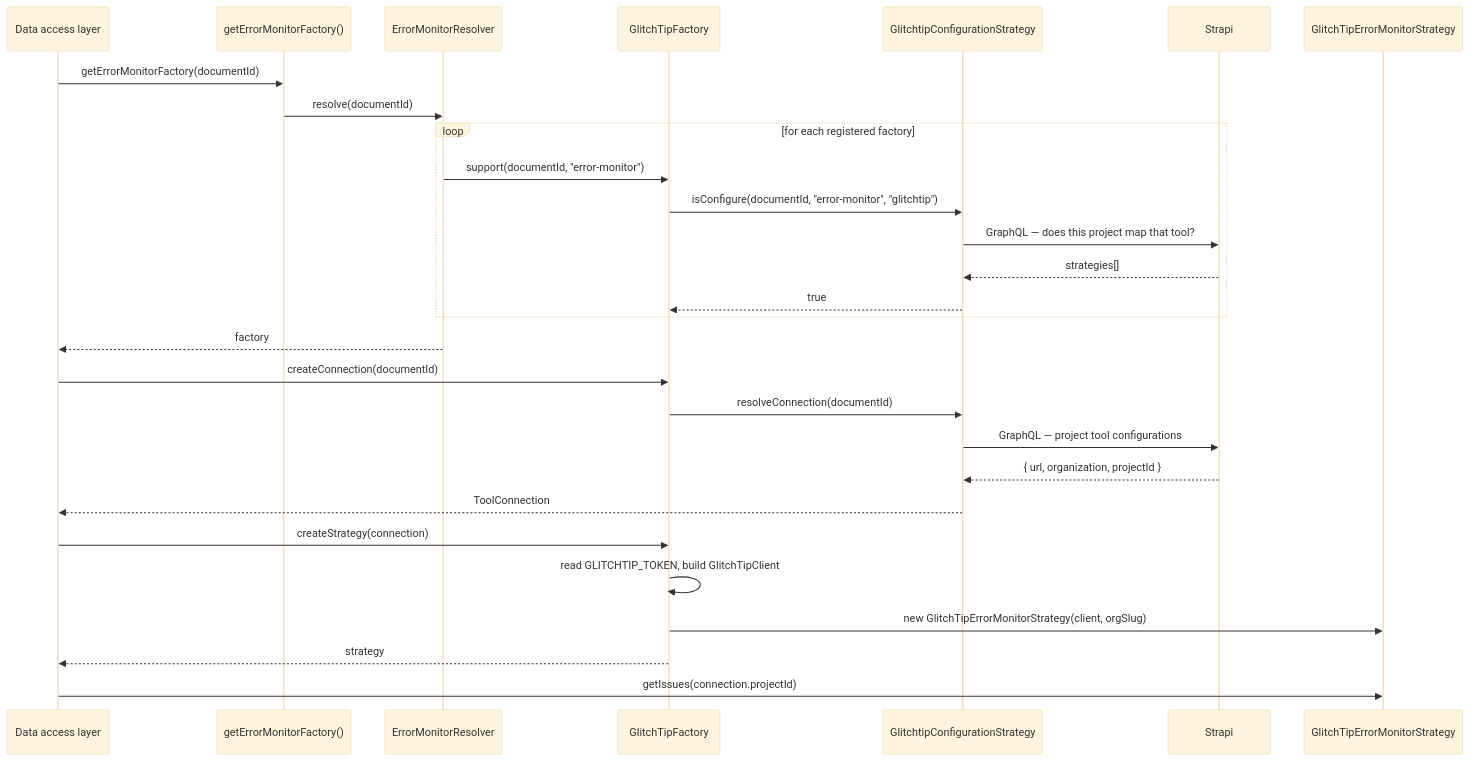
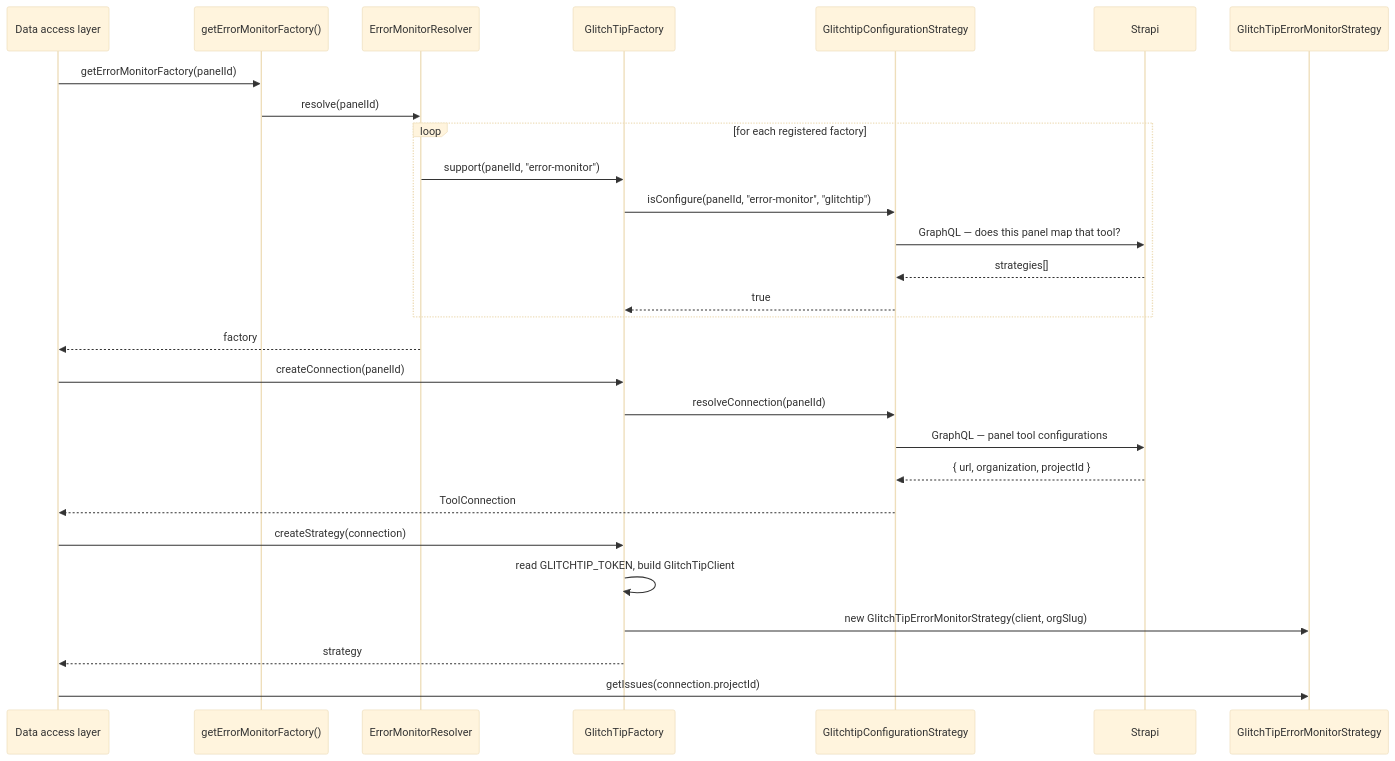
The second of 3 diagrams in apps/docs-site/docs/monitors.md (webteamuxco/dashboard-monitor), drawn with Mermaid (base theme) before and after one commit. The commit also changed other lines of this file and 27 other files, not shown here.

````diff
--- a/apps/docs-site/docs/monitors.md
+++ b/apps/docs-site/docs/monitors.md
@@ -104,34 +116,34 @@
 ```mermaid
 sequenceDiagram
     participant Caller as Data access layer
     participant Get as getErrorMonitorFactory()
     participant Resolver as ErrorMonitorResolver
     participant Factory as GlitchTipFactory
     participant Config as GlitchtipConfigurationStrategy
     participant Strapi
     participant Strategy as GlitchTipErrorMonitorStrategy
 
-    Caller->>Get: getErrorMonitorFactory(documentId)
-    Get->>Resolver: resolve(documentId)
+    Caller->>Get: getErrorMonitorFactory(panelId)
+    Get->>Resolver: resolve(panelId)
     loop for each registered factory
-        Resolver->>Factory: support(documentId, "error-monitor")
-        Factory->>Config: isConfigure(documentId, "error-monitor", "glitchtip")
-        Config->>Strapi: GraphQL — does this project map that tool?
+        Resolver->>Factory: support(panelId, "error-monitor")
+        Factory->>Config: isConfigure(panelId, "error-monitor", "glitchtip")
+        Config->>Strapi: GraphQL — does this panel map that tool?
         Strapi-->>Config: strategies[]
         Config-->>Factory: true
     end
     Resolver-->>Caller: factory
 
-    Caller->>Factory: createConnection(documentId)
-    Factory->>Config: resolveConnection(documentId)
-    Config->>Strapi: GraphQL — project tool configurations
+    Caller->>Factory: createConnection(panelId)
+    Factory->>Config: resolveConnection(panelId)
+    Config->>Strapi: GraphQL — panel tool configurations
     Strapi-->>Config: { url, organization, projectId }
     Config-->>Caller: ToolConnection
 
     Caller->>Factory: createStrategy(connection)
     Factory->>Factory: read GLITCHTIP_TOKEN, build GlitchTipClient
     Factory->>Strategy: new GlitchTipErrorMonitorStrategy(client, orgSlug)
     Factory-->>Caller: strategy
 
     Caller->>Strategy: getIssues(connection.projectId)
 ```
````
